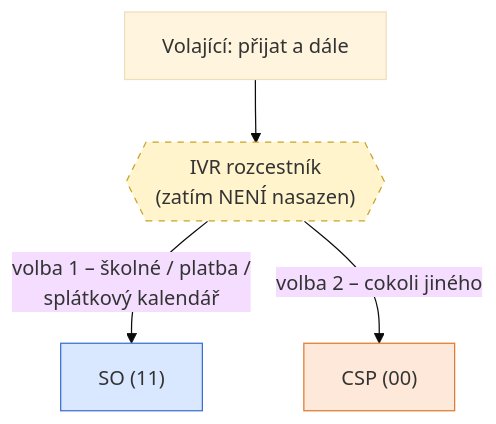
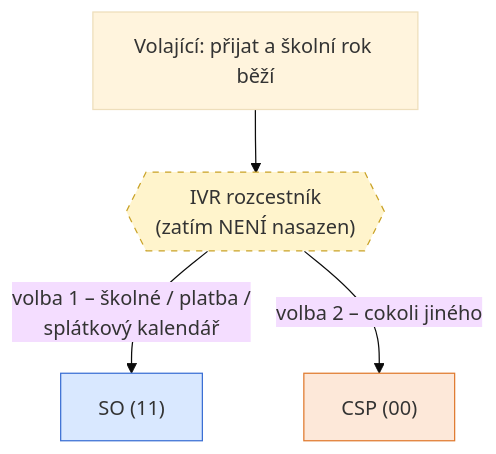
The second of 5 diagrams in diagramy/smerovani-prichozich-hovoru.md (HanzCZ/ETKmanualy), drawn with Mermaid (base theme) before and after one commit. The commit also changed other lines of this file, not shown here.

First line of the commit message:
Telefonie: přijat před začátkem školního roku směřuje na SO

````diff
--- a/diagramy/smerovani-prichozich-hovoru.md
+++ b/diagramy/smerovani-prichozich-hovoru.md
@@ -46,10 +47,10 @@
 ```mermaid
 flowchart TD
-    PRIJAT["Volající: přijat a dále"] --> IVR{{"IVR rozcestník<br>(zatím NENÍ nasazen)"}}
+    PRIJAT["Volající: přijat a školní rok běží"] --> IVR{{"IVR rozcestník<br>(zatím NENÍ nasazen)"}}
     IVR -- "volba 1 – školné / platba /<br>splátkový kalendář" --> SO["SO (11)"]
     IVR -- "volba 2 – cokoli jiného" --> CSP["CSP (00)"]
 
     style IVR fill:#fff4cc,stroke:#c9a227,stroke-dasharray: 5 5
     style SO fill:#d9e8ff,stroke:#3b6fd4
     style CSP fill:#fde8d9,stroke:#e07a2f
 ```
````
